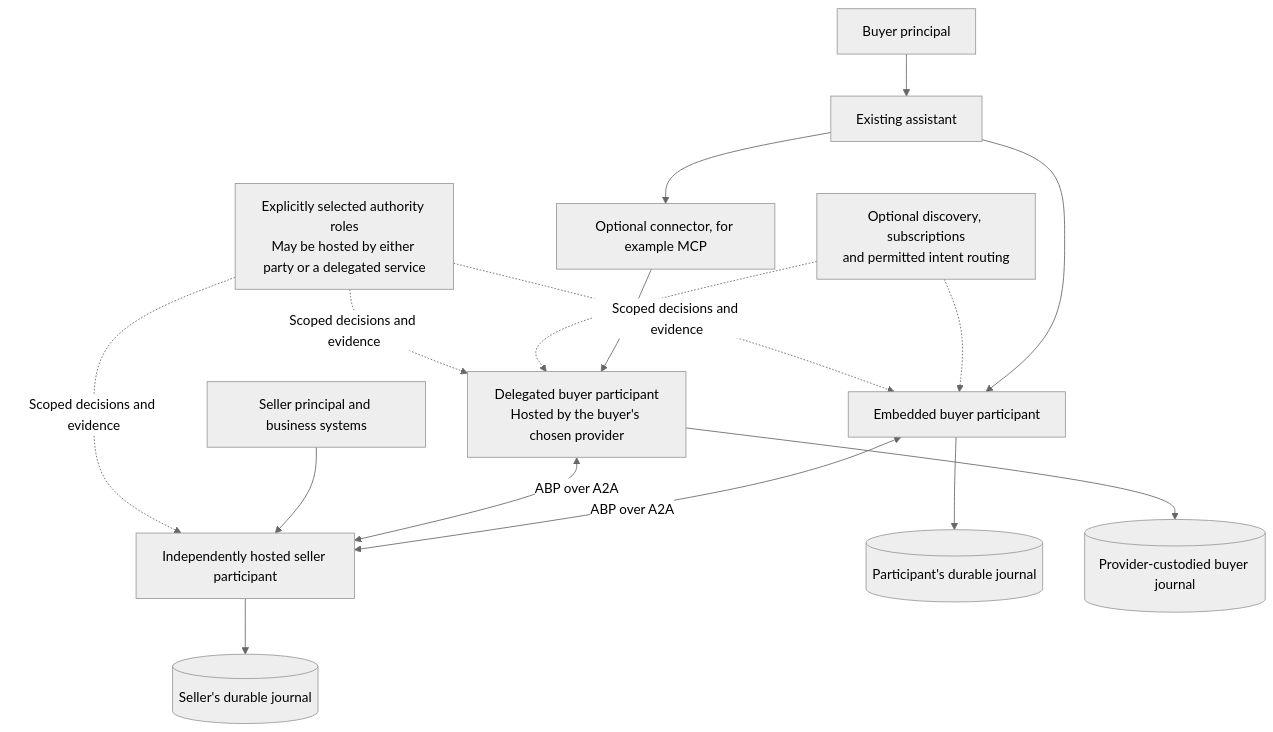
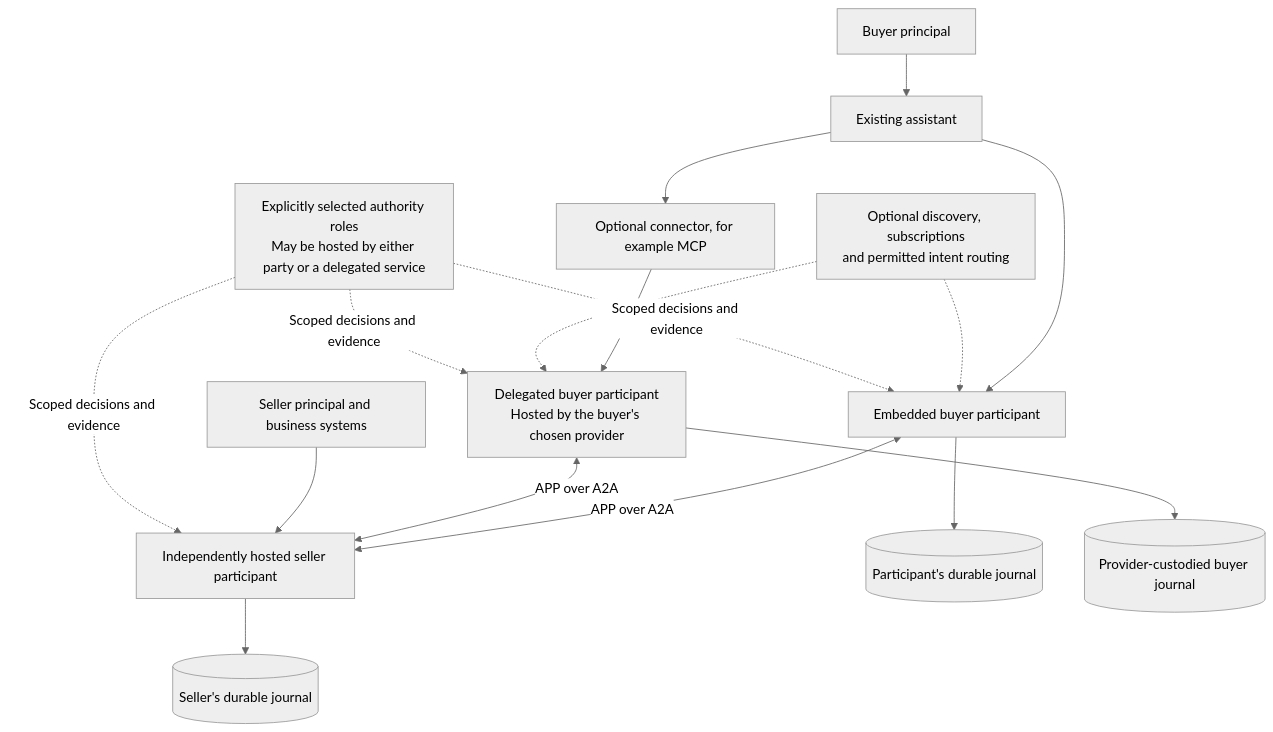
The diagram in deployment-model.md (JohnnyFiv3r/agent-promise-protocol), drawn with Mermaid (neutral theme) before and after one commit. The commit also changed other lines of this file and 134 other files, not shown here.

````diff
--- a/deployment-model.md
+++ b/deployment-model.md
@@ -11,18 +11,18 @@
 ```mermaid
 flowchart TB
   H["Buyer principal"] --> A["Existing assistant"]
   A --> E["Embedded buyer participant"]
   A --> C["Optional connector, for example MCP"]
   C --> B["Delegated buyer participant\nHosted by the buyer's chosen provider"]
   D["Optional discovery, subscriptions\nand permitted intent routing"] -.-> E
   D -.-> B
-  E <-->|"ABP over A2A"| S["Independently hosted seller participant"]
-  B <-->|"ABP over A2A"| S
+  E <-->|"APP over A2A"| S["Independently hosted seller participant"]
+  B <-->|"APP over A2A"| S
   E --> EB[("Participant's durable journal")]
   B --> BB[("Provider-custodied buyer journal")]
   S --> SB[("Seller's durable journal")]
   SP["Seller principal and business systems"] --> S
   R["Explicitly selected authority roles\nMay be hosted by either party or a delegated service"] -. "Scoped decisions and evidence" .-> B
   R -. "Scoped decisions and evidence" .-> E
   R -. "Scoped decisions and evidence" .-> S
 ```
````
